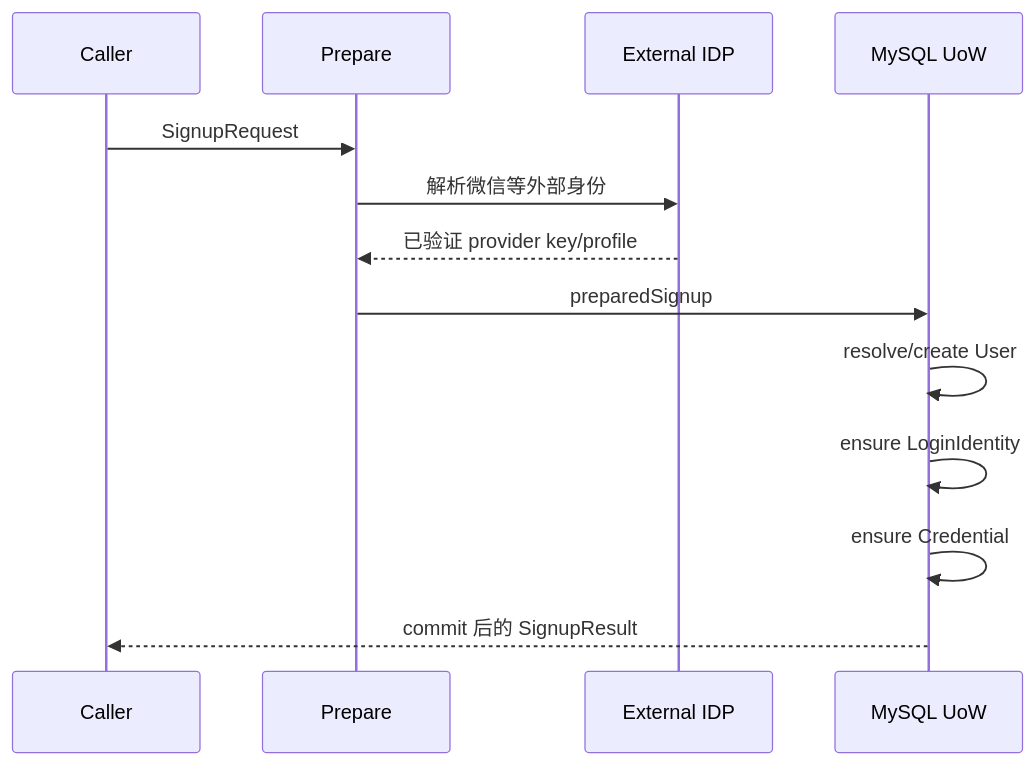
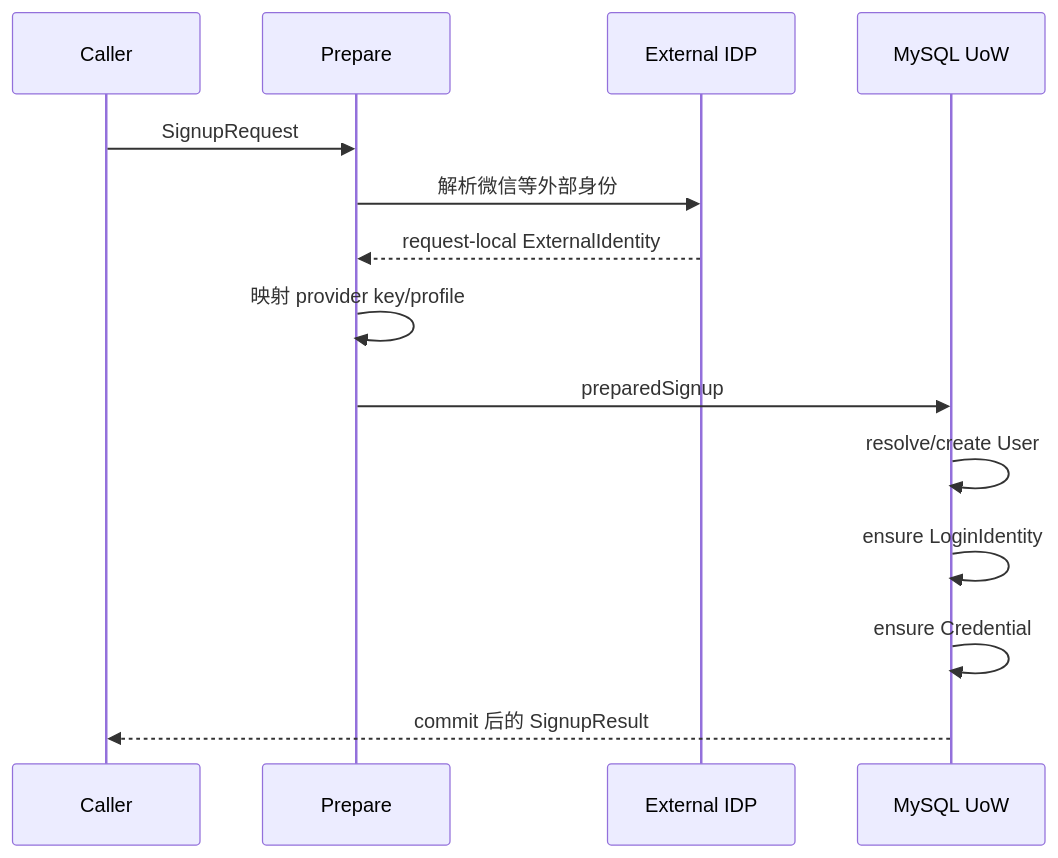
One commit to FangcunMount/iam changed the diagram in docs/02-业务模块/02-AuthN/02-注册登录与身份绑定.md. Above: the diagram before and after it, drawn with Mermaid. The commit also changed other lines of this file and 2 other files, not shown here.

Commit message:
docs(authn): align cross-module identity contracts

````diff
--- a/docs/02-业务模块/02-AuthN/02-注册登录与身份绑定.md
+++ b/docs/02-业务模块/02-AuthN/02-注册登录与身份绑定.md
@@ -19,15 +19,16 @@
 ```mermaid
 sequenceDiagram
     participant C as Caller
     participant P as Prepare
     participant I as External IDP
     participant U as MySQL UoW
     C->>P: SignupRequest
     P->>I: 解析微信等外部身份
-    I-->>P: 已验证 provider key/profile
+    I-->>P: request-local ExternalIdentity
+    P->>P: 映射 provider key/profile
     P->>U: preparedSignup
     U->>U: resolve/create User
     U->>U: ensure LoginIdentity
     U->>U: ensure Credential
     U-->>C: commit 后的 SignupResult
 ```
````
